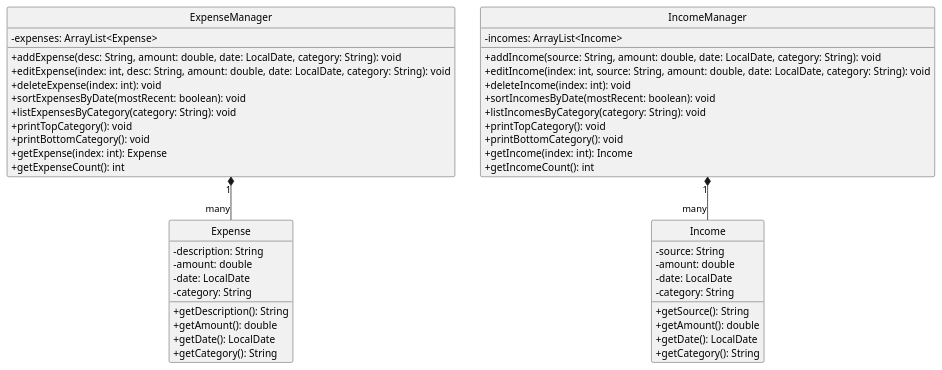
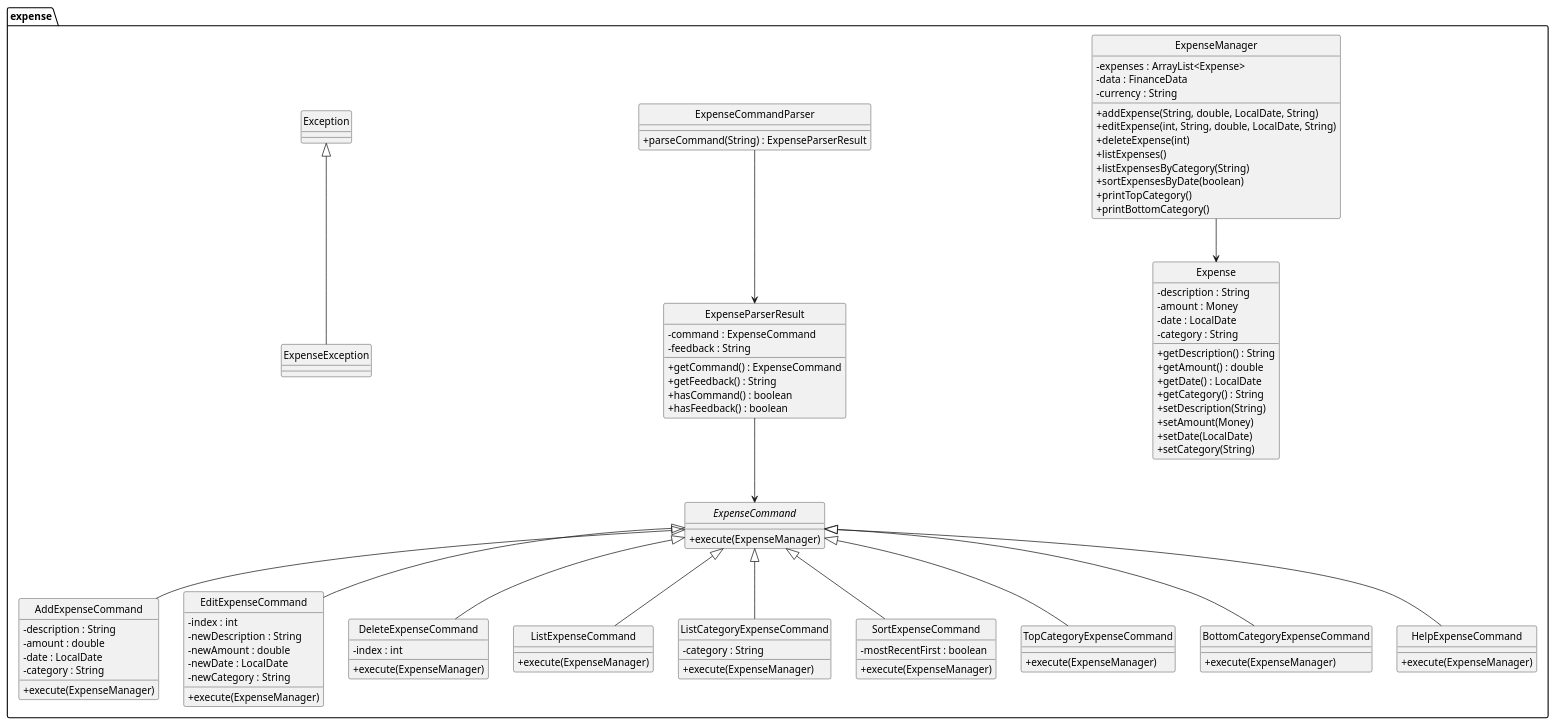
One commit to trunghjieu2506/tp changed the diagram in docs/diagrams/ExpenseManager.puml. Above: the diagram before and after it, drawn with PlantUML.

Commit message:
Implement correct expense class diagram

```diff
--- a/docs/diagrams/ExpenseManager.puml
+++ b/docs/diagrams/ExpenseManager.puml
@@ -1,56 +1,118 @@
-@startuml
+@startuml ExpensePackageClassDiagram
 hide circle
 skinparam classAttributeIconSize 0
 
-class Expense {
-  -description: String
-  -amount: double
-  -date: LocalDate
-  -category: String
-  +getDescription(): String
-  +getAmount(): double
-  +getDate(): LocalDate
-  +getCategory(): String
+package "expense" {
+    class Expense {
+        - description : String
+        - amount : Money
+        - date : LocalDate
+        - category : String
+        + getDescription() : String
+        + getAmount() : double
+        + getDate() : LocalDate
+        + getCategory() : String
+        + setDescription(String)
+        + setAmount(Money)
+        + setDate(LocalDate)
+        + setCategory(String)
+    }
+
+    class ExpenseManager {
+        - expenses : ArrayList<Expense>
+        - data : FinanceData
+        - currency : String
+        + addExpense(String, double, LocalDate, String)
+        + editExpense(int, String, double, LocalDate, String)
+        + deleteExpense(int)
+        + listExpenses()
+        + listExpensesByCategory(String)
+        + sortExpensesByDate(boolean)
+        + printTopCategory()
+        + printBottomCategory()
+    }
+
+    abstract class ExpenseCommand {
+        + execute(ExpenseManager)
+    }
+
+    class AddExpenseCommand {
+        - description : String
+        - amount : double
+        - date : LocalDate
+        - category : String
+        + execute(ExpenseManager)
+    }
+
+    class EditExpenseCommand {
+        - index : int
+        - newDescription : String
+        - newAmount : double
+        - newDate : LocalDate
+        - newCategory : String
+        + execute(ExpenseManager)
+    }
+
+    class DeleteExpenseCommand {
+        - index : int
+        + execute(ExpenseManager)
+    }
+
+    class ListExpenseCommand {
+        + execute(ExpenseManager)
+    }
+
+    class ListCategoryExpenseCommand {
+        - category : String
+        + execute(ExpenseManager)
+    }
+
+    class SortExpenseCommand {
+        - mostRecentFirst : boolean
+        + execute(ExpenseManager)
+    }
+
+    class TopCategoryExpenseCommand {
+        + execute(ExpenseManager)
+    }
+
+    class BottomCategoryExpenseCommand {
+        + execute(ExpenseManager)
+    }
+
+    class HelpExpenseCommand {
+        + execute(ExpenseManager)
+    }
+
+    class ExpenseCommandParser {
+        + parseCommand(String) : ExpenseParserResult
+    }
+
+    class ExpenseParserResult {
+        - command : ExpenseCommand
+        - feedback : String
+        + getCommand() : ExpenseCommand
+        + getFeedback() : String
+        + hasCommand() : boolean
+        + hasFeedback() : boolean
+    }
+
+    class ExpenseException extends Exception
+
+    ' Relationships
+    ExpenseManager --> Expense
+    ExpenseCommand <|-- AddExpenseCommand
+    ExpenseCommand <|-- EditExpenseCommand
+    ExpenseCommand <|-- DeleteExpenseCommand
+    ExpenseCommand <|-- ListExpenseCommand
+    ExpenseCommand <|-- ListCategoryExpenseCommand
+    ExpenseCommand <|-- SortExpenseCommand
+    ExpenseCommand <|-- TopCategoryExpenseCommand
+    ExpenseCommand <|-- BottomCategoryExpenseCommand
+    ExpenseCommand <|-- HelpExpenseCommand
+
+    ExpenseCommandParser --> ExpenseParserResult
+    ExpenseParserResult --> ExpenseCommand
 }
 
-class Income {
-  -source: String
-  -amount: double
-  -date: LocalDate
-  -category: String
-  +getSource(): String
-  +getAmount(): double
-  +getDate(): LocalDate
-  +getCategory(): String
-}
-
-class ExpenseManager {
-  -expenses: ArrayList<Expense>
-  +addExpense(desc: String, amount: double, date: LocalDate, category: String): void
-  +editExpense(index: int, desc: String, amount: double, date: LocalDate, category: String): void
-  +deleteExpense(index: int): void
-  +sortExpensesByDate(mostRecent: boolean): void
-  +listExpensesByCategory(category: String): void
-  +printTopCategory(): void
-  +printBottomCategory(): void
-  +getExpense(index: int): Expense
-  +getExpenseCount(): int
-}
-
-class IncomeManager {
-  -incomes: ArrayList<Income>
-  +addIncome(source: String, amount: double, date: LocalDate, category: String): void
-  +editIncome(index: int, source: String, amount: double, date: LocalDate, category: String): void
-  +deleteIncome(index: int): void
-  +sortIncomesByDate(mostRecent: boolean): void
-  +listIncomesByCategory(category: String): void
-  +printTopCategory(): void
-  +printBottomCategory(): void
-  +getIncome(index: int): Income
-  +getIncomeCount(): int
-}
-
-ExpenseManager "1" *-- "many" Expense
-IncomeManager "1" *-- "many" Income
-
 @enduml
```
